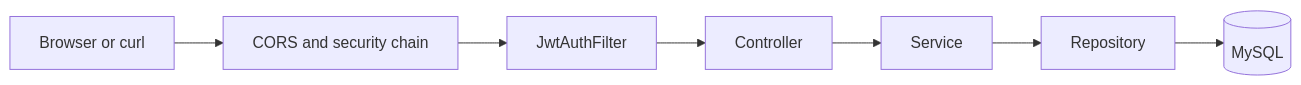
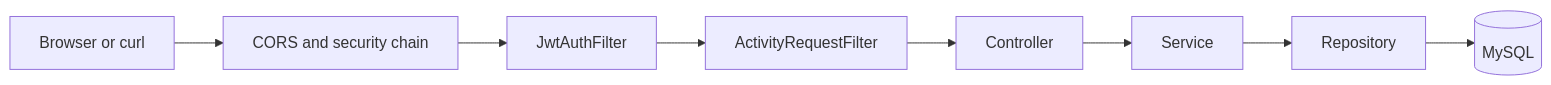
Before and after one commit to tech-respark/payroll-backend: the diagram in docs/request-lifecycle.md, drawn with Mermaid. The commit also changed other lines of this file and 52 other files, not shown here.

````diff
--- a/docs/request-lifecycle.md
+++ b/docs/request-lifecycle.md
@@ -10,9 +10,10 @@
 ```mermaid
 flowchart LR
     Client[Browser or curl] --> Cors[CORS and security chain]
     Cors --> Jwt[JwtAuthFilter]
-    Jwt --> Controller[Controller]
+    Jwt --> Activity[ActivityRequestFilter]
+    Activity --> Controller[Controller]
     Controller --> Service[Service]
     Service --> Repository[Repository]
     Repository --> MySQL[(MySQL)]
 ```
````
